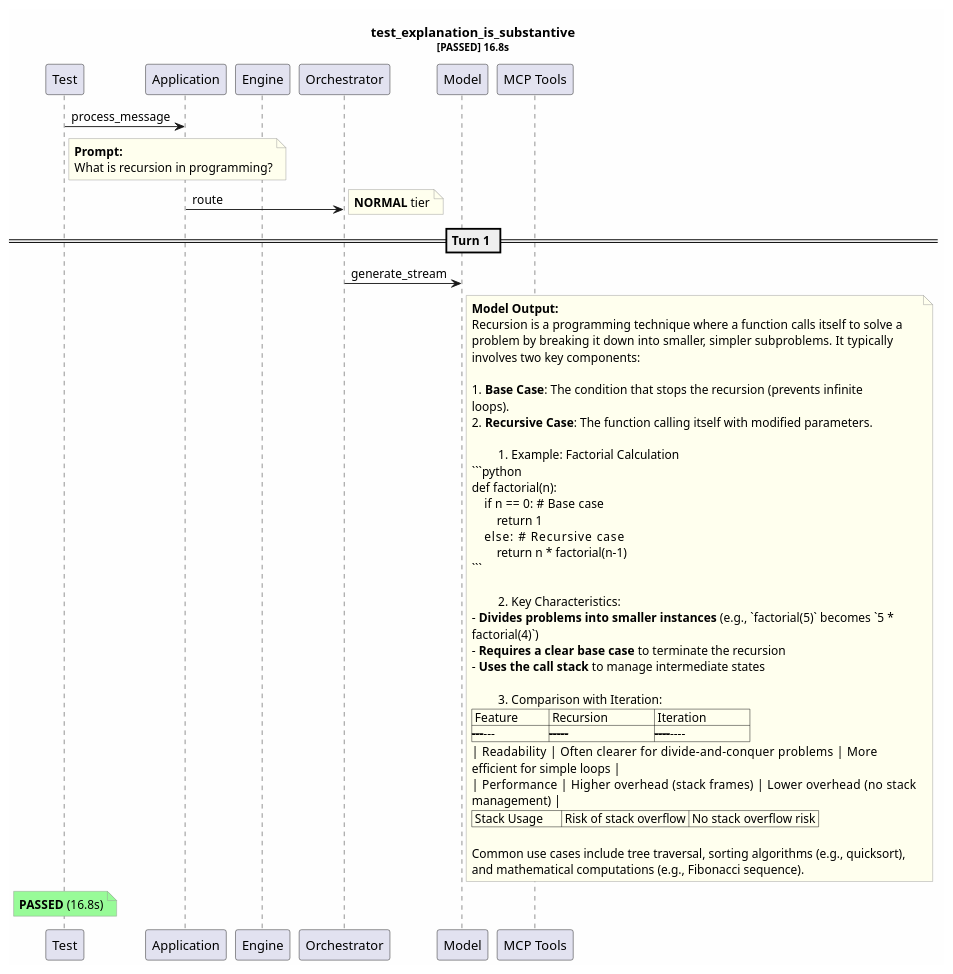
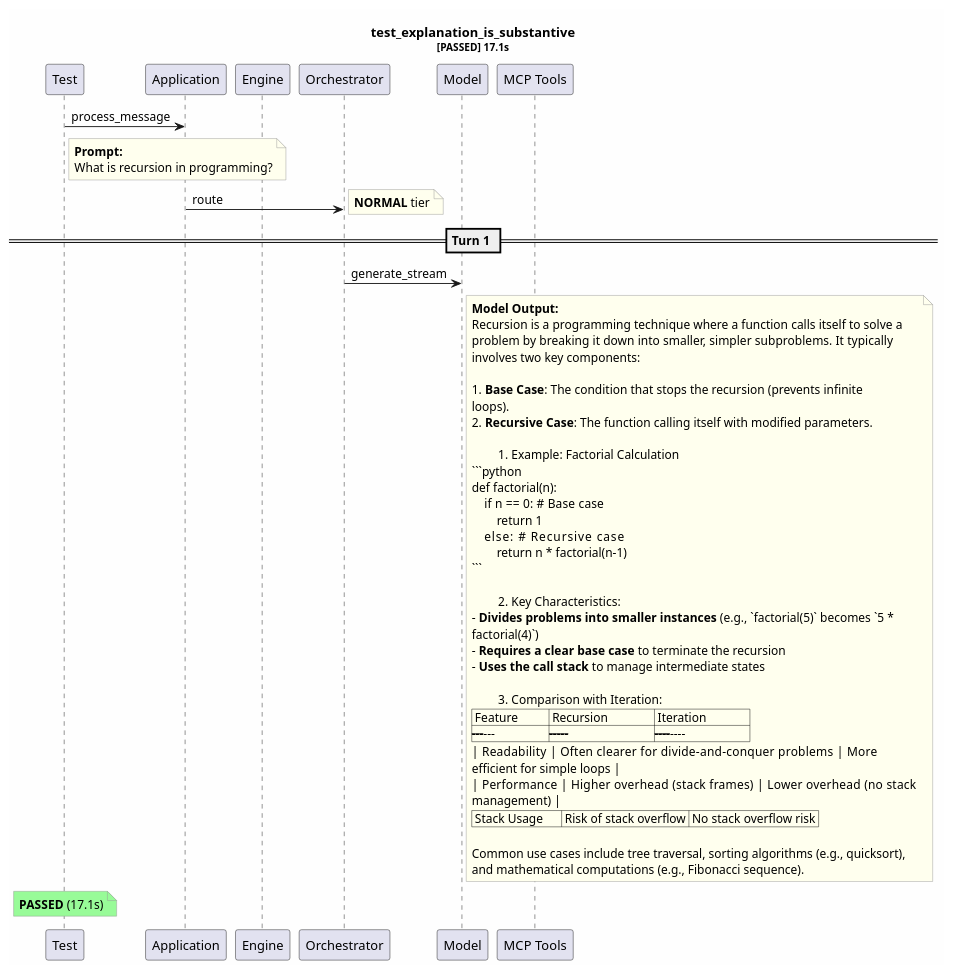
Before and after one commit to tvanfossen/entropic: the diagram in test-reports/test_explanation_is_substantive.puml, drawn with PlantUML. The commit also changed 46 other files, not shown here.

````diff
--- a/test-reports/test_explanation_is_substantive.puml
+++ b/test-reports/test_explanation_is_substantive.puml
@@ -1,64 +1,64 @@
 @startuml
 skinparam backgroundColor #FEFEFE
 skinparam noteBorderColor #999999
 skinparam noteBackgroundColor #FFFFEE
-title test_explanation_is_substantive\n<size:11>[PASSED] 16.8s</size>
+title test_explanation_is_substantive\n<size:11>[PASSED] 17.1s</size>
 
 participant "Test" as T
 participant "Application" as App
 participant "Engine" as Eng
 participant "Orchestrator" as Orch
 participant "Model" as Mdl
 participant "MCP Tools" as MCP
 
 T -> App: process_message
 note right of T
   **Prompt:**
   What is recursion in programming?
 end note
 App -> Orch: route
 note right: **NORMAL** tier
 == Turn 1 ==
 Orch -> Mdl: generate_stream
 note right of Mdl
   **Model Output:**
   Recursion is a programming technique where a function calls itself to solve a 
   problem by breaking it down into smaller, simpler subproblems. It typically 
   involves two key components:
   
   1. **Base Case**: The condition that stops the recursion (prevents infinite 
   loops).
   2. **Recursive Case**: The function calling itself with modified parameters.
   
   ### Example: Factorial Calculation
   ```python
   def factorial(n):
       if n == 0:  # Base case
           return 1
       else:       # Recursive case
           return n * factorial(n-1)
   ```
   
   ### Key Characteristics:
   - **Divides problems into smaller instances** (e.g., `factorial(5)` becomes `5 *
   factorial(4)`)
   - **Requires a clear base case** to terminate the recursion
   - **Uses the call stack** to manage intermediate states
   
   ### Comparison with Iteration:
   | Feature          | Recursion               | Iteration              |
   |------------------|-------------------------|------------------------|
   | Readability      | Often clearer for divide-and-conquer problems | More 
   efficient for simple loops |
   | Performance      | Higher overhead (stack frames) | Lower overhead (no stack 
   management) |
   | Stack Usage      | Risk of stack overflow | No stack overflow risk |
   
   Common use cases include tree traversal, sorting algorithms (e.g., quicksort), 
   and mathematical computations (e.g., Fibonacci sequence).
 end note
 note over T #palegreen
-  **PASSED** (16.8s)
+  **PASSED** (17.1s)
 end note
 
 @enduml
````
